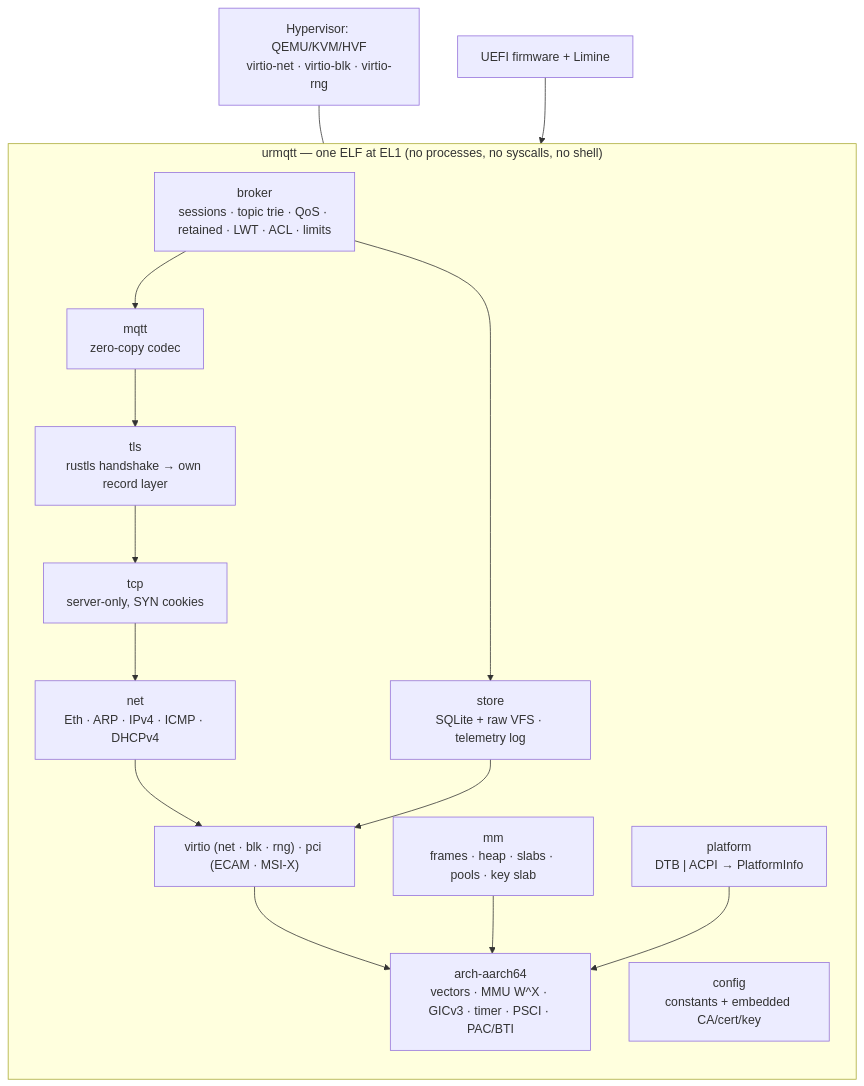
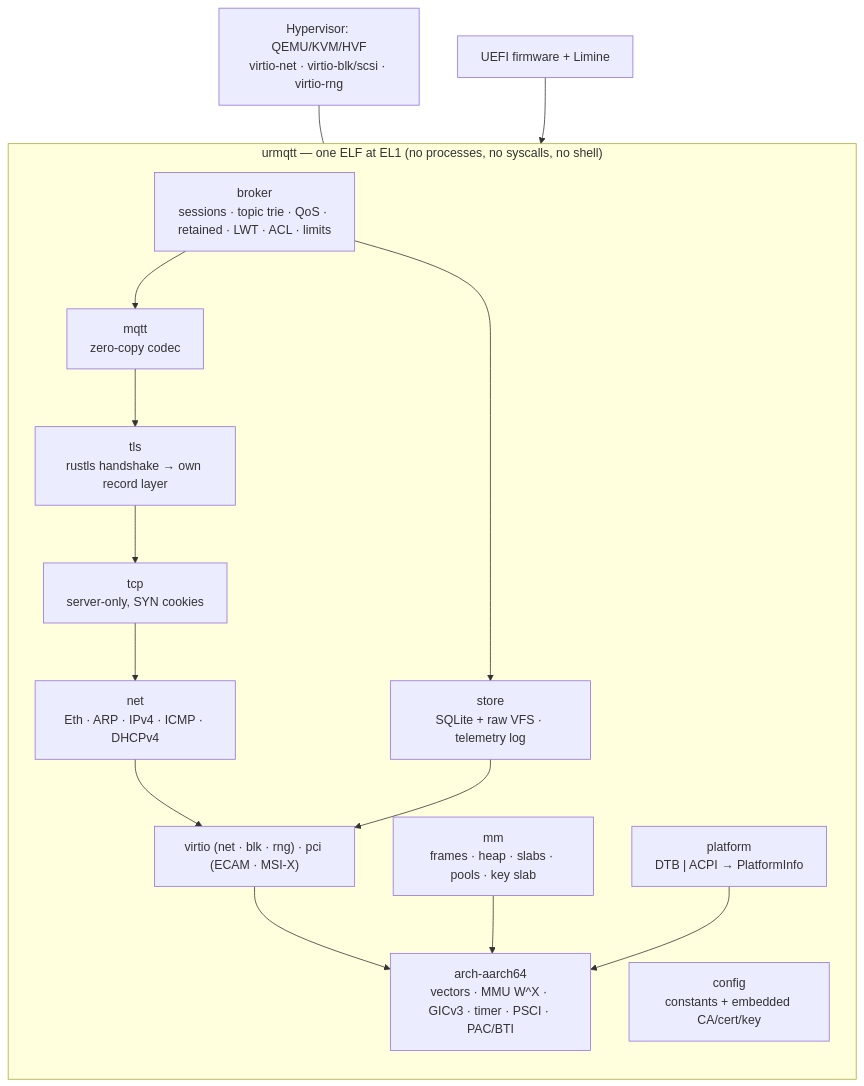
The first of 3 diagrams in README.md (zeljan-alduk/urMQTT), drawn with Mermaid before and after one commit. The commit also changed other lines of this file and 10 other files, not shown here.

First line of the commit message:
virtio-scsi data disks: polled driver, DataDisk, scsi smoke, cloud steps

````diff
--- a/README.md
+++ b/README.md
@@ -127,24 +128,24 @@
 ```mermaid
 flowchart TB
     subgraph image["urmqtt — one ELF at EL1 (no processes, no syscalls, no shell)"]
         direction TB
         broker["broker<br/>sessions · topic trie · QoS · retained · LWT · ACL · limits"]
         mqtt["mqtt<br/>zero-copy codec"]
         tls["tls<br/>rustls handshake → own record layer"]
         tcp["tcp<br/>server-only, SYN cookies"]
         net["net<br/>Eth · ARP · IPv4 · ICMP · DHCPv4"]
         store["store<br/>SQLite + raw VFS · telemetry log"]
         drivers["virtio (net · blk · rng) · pci (ECAM · MSI-X)"]
         mm["mm<br/>frames · heap · slabs · pools · key slab"]
         arch["arch-aarch64<br/>vectors · MMU W^X · GICv3 · timer · PSCI · PAC/BTI"]
         platform["platform<br/>DTB | ACPI → PlatformInfo"]
         config["config<br/>constants + embedded CA/cert/key"]
         broker --> mqtt --> tls --> tcp --> net --> drivers
         broker --> store --> drivers
         drivers --> arch
         mm --> arch
         platform --> arch
     end
     fw["UEFI firmware + Limine"] --> image
-    hv["Hypervisor: QEMU/KVM/HVF<br/>virtio-net · virtio-blk · virtio-rng"] --- drivers
+    hv["Hypervisor: QEMU/KVM/HVF<br/>virtio-net · virtio-blk/scsi · virtio-rng"] --- drivers
 ```
````
